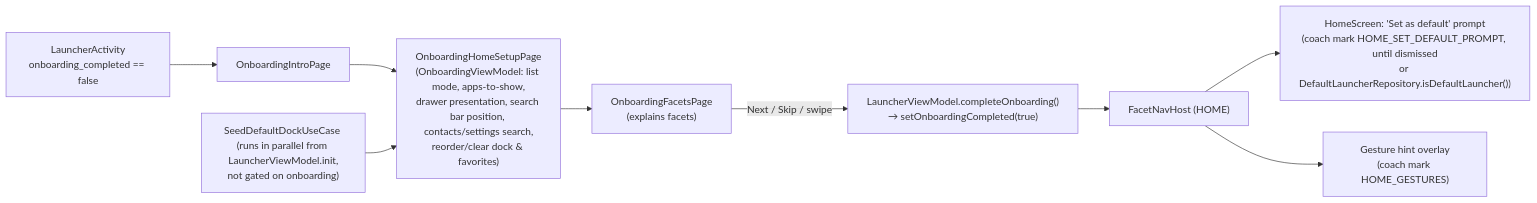
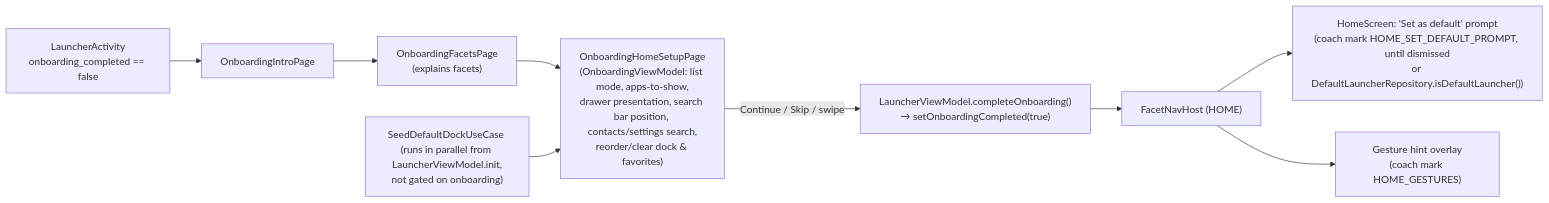
One commit to rohitganjam/facet-launcher changed the fifth of 5 diagrams in docs/architecture/13-flow-facets-theme-notifications-onboarding.md. Above: the diagram before and after it, drawn with Mermaid. The commit also changed 11 other files, not shown here.

First line of the commit message:
Roomier list rows (Regular 12dp, Spacious 16dp padding), facets step before home setup in onboarding

````diff
--- a/docs/architecture/13-flow-facets-theme-notifications-onboarding.md
+++ b/docs/architecture/13-flow-facets-theme-notifications-onboarding.md
@@ -430,11 +430,11 @@
 ```mermaid
 flowchart LR
     START["LauncherActivity\nonboarding_completed == false"] --> INTRO["OnboardingIntroPage"]
-    INTRO --> SETUP["OnboardingHomeSetupPage\n(OnboardingViewModel: list mode, apps-to-show,\ndrawer presentation, search bar position, contacts/settings search,\nreorder/clear dock & favorites)"]
-    SETUP --> FACETS["OnboardingFacetsPage\n(explains facets)"]
-    FACETS -- "Next / Skip / swipe" --> FIN["LauncherViewModel.completeOnboarding()\n→ setOnboardingCompleted(true)"]
+    INTRO --> FACETS["OnboardingFacetsPage\n(explains facets)"]
+    FACETS --> SETUP["OnboardingHomeSetupPage\n(OnboardingViewModel: list mode, apps-to-show,\ndrawer presentation, search bar position, contacts/settings search,\nreorder/clear dock & favorites)"]
+    SETUP -- "Continue / Skip / swipe" --> FIN["LauncherViewModel.completeOnboarding()\n→ setOnboardingCompleted(true)"]
     FIN --> HOME["FacetNavHost (HOME)"]
     HOME --> PROMPT["HomeScreen: 'Set as default' prompt\n(coach mark HOME_SET_DEFAULT_PROMPT, until dismissed\nor DefaultLauncherRepository.isDefaultLauncher())"]
     HOME --> GEST["Gesture hint overlay\n(coach mark HOME_GESTURES)"]
     SEED["SeedDefaultDockUseCase (runs in parallel from LauncherViewModel.init,\nnot gated on onboarding)"] --> SETUP
 ```
````
